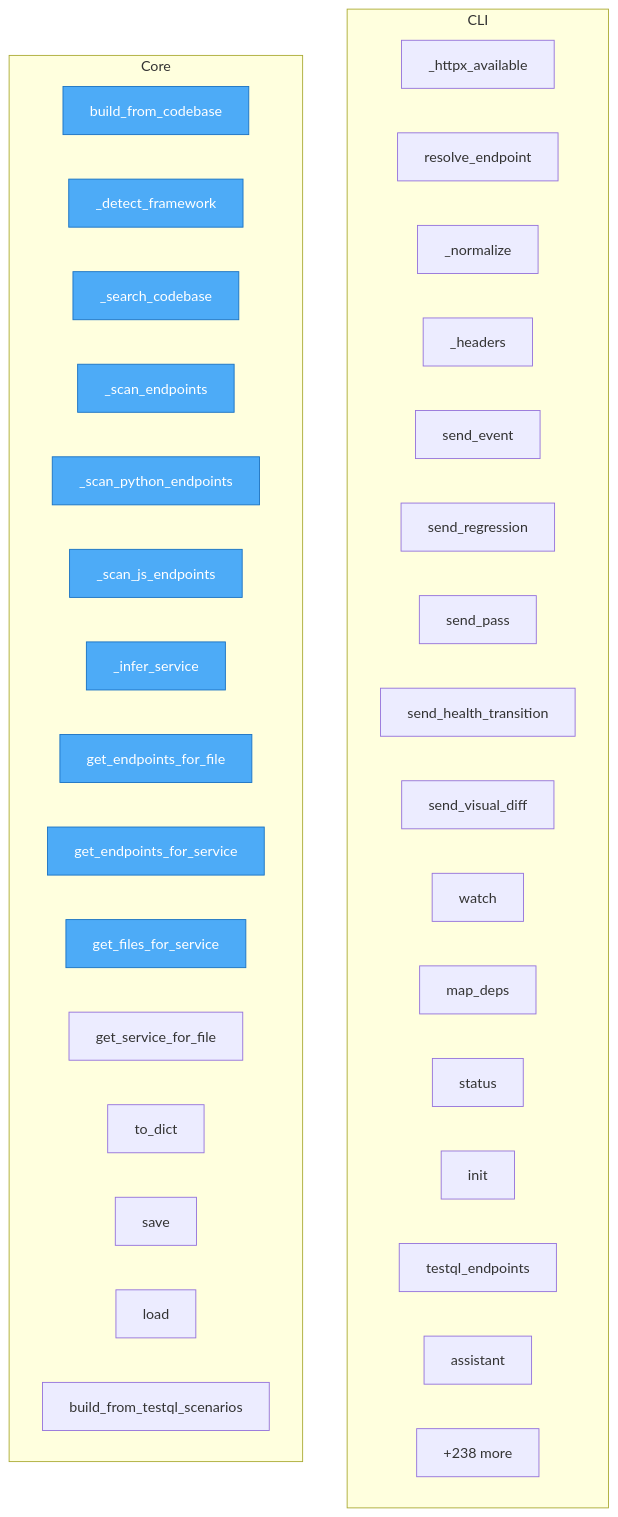
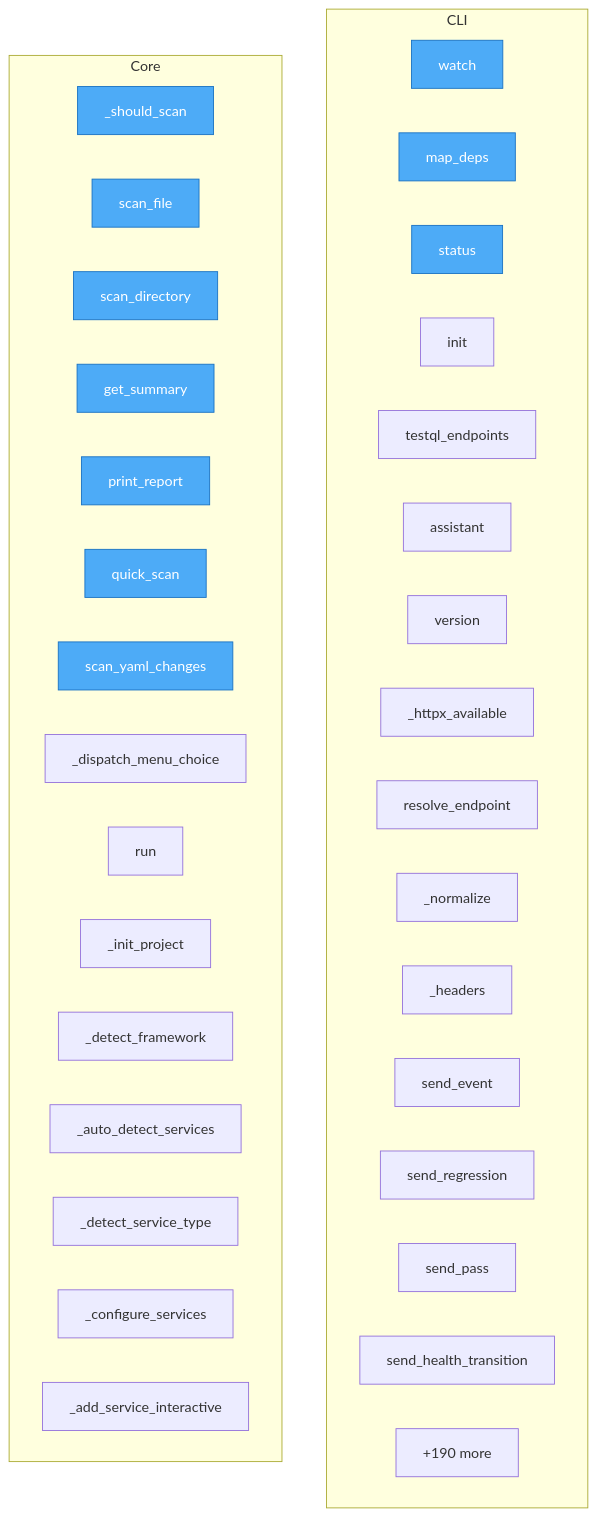
Before and after one commit to semcod/wup: the diagram in project/flow.mmd, drawn with Mermaid. The commit also changed 38 other files, not shown here.

```diff
--- a/project/flow.mmd
+++ b/project/flow.mmd
@@ -1,44 +1,44 @@
 flowchart TD
 
     %% Entry points (blue)
     classDef entry fill:#4dabf7,stroke:#1971c2,color:#fff
 
     subgraph CLI
+        wup__cli__watch["watch"]
+        wup__cli__map_deps["map_deps"]
+        wup__cli__status["status"]
+        wup__cli__init["init"]
+        wup__cli__testql_endpoints["testql_endpoints"]
+        wup__cli__assistant["assistant"]
+        wup__cli__version["version"]
         wup__web_client___httpx_available["_httpx_available"]
         wup__web_client__resolve_endpoint["resolve_endpoint"]
         wup__web_client___normalize["_normalize"]
         wup__web_client__WebClient___headers["_headers"]
         wup__web_client__WebClient__send_event["send_event"]
         wup__web_client__WebClient__send_regression["send_regression"]
         wup__web_client__WebClient__send_pass["send_pass"]
         wup__web_client__WebClient__send_health_transition["send_health_transition"]
-        wup__web_client__WebClient__send_visual_diff["send_visual_diff"]
-        wup__cli__watch["watch"]
-        wup__cli__map_deps["map_deps"]
-        wup__cli__status["status"]
-        wup__cli__init["init"]
-        wup__cli__testql_endpoints["testql_endpoints"]
-        wup__cli__assistant["assistant"]
         ...["+1 more"]
     end
 
     subgraph Core
-        wup__dependency_mapper__DependencyMapper__build_from_codebase["build_from_codebase"]
-        wup__dependency_mapper__DependencyMapper___detect_framework["_detect_framework"]
-        wup__dependency_mapper__DependencyMapper___search_codebase["_search_codebase"]
-        wup__dependency_mapper__DependencyMapper___scan_endpoints["_scan_endpoints"]
-        wup__dependency_mapper__DependencyMapper___scan_python_endpoints["_scan_python_endpoints"]
-        wup__dependency_mapper__DependencyMapper___scan_js_endpoints["_scan_js_endpoints"]
-        wup__dependency_mapper__DependencyMapper___infer_service["_infer_service"]
-        wup__dependency_mapper__DependencyMapper__get_endpoints_for_file["get_endpoints_for_file"]
-        wup__dependency_mapper__DependencyMapper__get_endpoints_for_service["get_endpoints_for_service"]
-        wup__dependency_mapper__DependencyMapper__get_files_for_service["get_files_for_service"]
-        wup__dependency_mapper__DependencyMapper__get_service_for_file["get_service_for_file"]
-        wup__dependency_mapper__DependencyMapper__to_dict["to_dict"]
-        wup__dependency_mapper__DependencyMapper__save["save"]
-        wup__dependency_mapper__DependencyMapper__load["load"]
-        wup__dependency_mapper__DependencyMapper__build_from_testql_scenarios["build_from_testql_scenarios"]
-        ...["+238 more"]
+        wup__anomaly_detector__AnomalyDetector___should_scan["_should_scan"]
+        wup__anomaly_detector__AnomalyDetector__scan_file["scan_file"]
+        wup__anomaly_detector__AnomalyDetector__scan_directory["scan_directory"]
+        wup__anomaly_detector__AnomalyDetector__get_summary["get_summary"]
+        wup__anomaly_detector__AnomalyDetector__print_report["print_report"]
+        wup__anomaly_detector__quick_scan["quick_scan"]
+        wup__anomaly_detector__scan_yaml_changes["scan_yaml_changes"]
+        wup__assistant__WupAssistant___dispatch_menu_choice["_dispatch_menu_choice"]
+        wup__assistant__WupAssistant__run["run"]
+        wup__assistant__WupAssistant___init_project["_init_project"]
+        wup__assistant__WupAssistant___detect_framework["_detect_framework"]
+        wup__assistant__WupAssistant___auto_detect_services["_auto_detect_services"]
+        wup__assistant__WupAssistant___detect_service_type["_detect_service_type"]
+        wup__assistant__WupAssistant___configure_services["_configure_services"]
+        wup__assistant__WupAssistant___add_service_interactive["_add_service_interactive"]
+        ...["+190 more"]
     end
 
-    class wup__dependency_mapper__DependencyMapper__build_from_codebase,wup__dependency_mapper__DependencyMapper___detect_framework,wup__dependency_mapper__DependencyMapper___search_codebase,wup__dependency_mapper__DependencyMapper___scan_endpoints,wup__dependency_mapper__DependencyMapper___scan_python_endpoints,wup__dependency_mapper__DependencyMapper___scan_js_endpoints,wup__dependency_mapper__DependencyMapper___infer_service,wup__dependency_mapper__DependencyMapper__get_endpoints_for_file,wup__dependency_mapper__DependencyMapper__get_endpoints_for_service,wup__dependency_mapper__DependencyMapper__get_files_for_service entry
+    class wup__anomaly_detector__AnomalyDetector___should_scan,wup__anomaly_detector__AnomalyDetector__scan_file,wup__anomaly_detector__AnomalyDetector__scan_directory,wup__anomaly_detector__AnomalyDetector__get_summary,wup__anomaly_detector__AnomalyDetector__print_report,wup__anomaly_detector__quick_scan,wup__anomaly_detector__scan_yaml_changes,wup__cli__watch,wup__cli__map_deps,wup__cli__status entry
```
